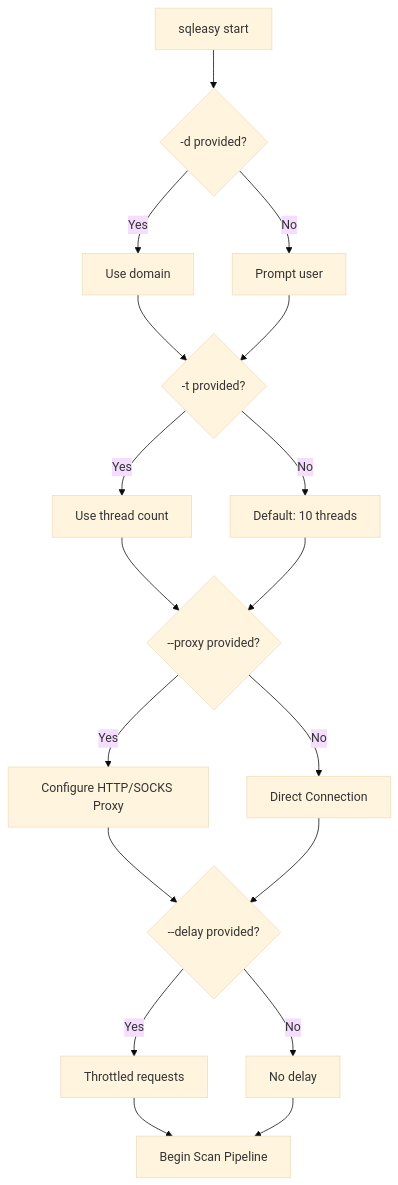
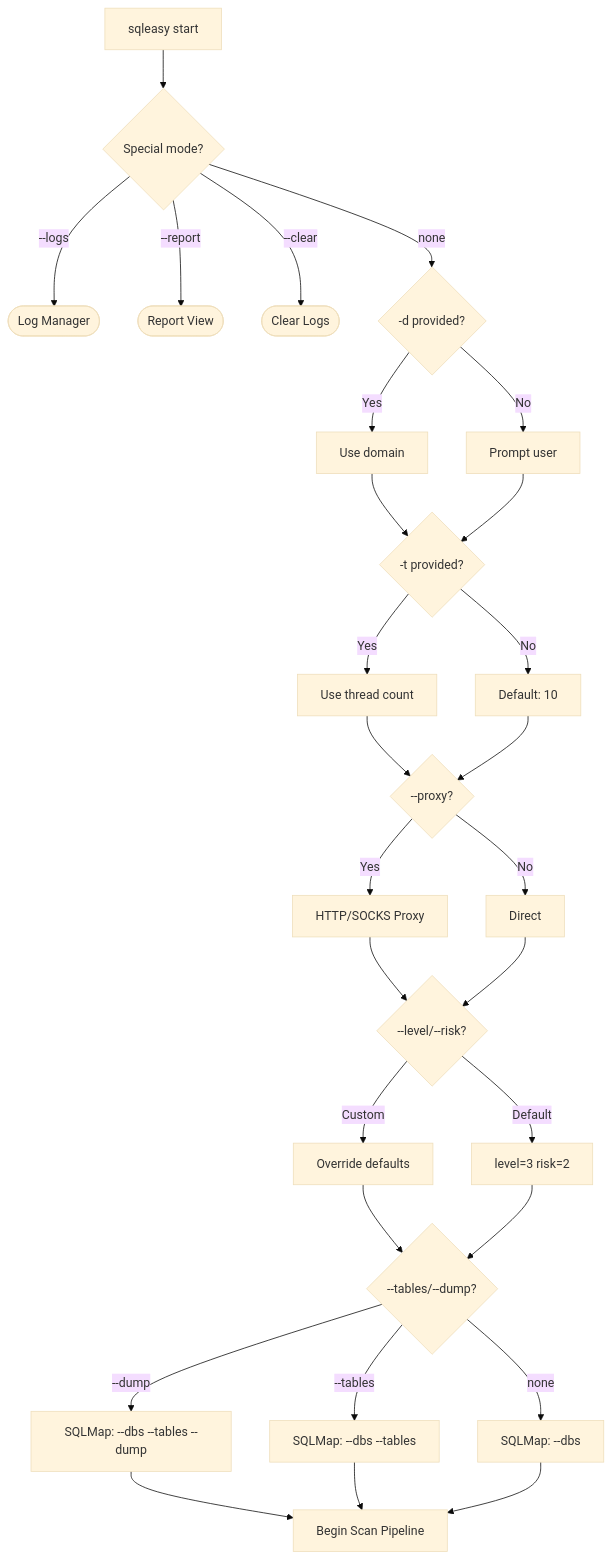
Before and after one commit to syed-sameer-ul-hassan/SQL-Easy: diagram 14 of 14 in README.md, drawn with Mermaid (base theme). The commit also changed other lines of this file and 26 other files, not shown here.

````diff
--- a/README.md
+++ b/README.md
@@ -296,16 +579,24 @@
 ```mermaid
 flowchart TD
-    A[sqleasy start] --> B{-d provided?}
+    A[sqleasy start] --> SPEC{Special mode?}
+    SPEC -->|--logs| LM([Log Manager])
+    SPEC -->|--report| RP([Report View])
+    SPEC -->|--clear| CL([Clear Logs])
+    SPEC -->|none| B{-d provided?}
     B -->|Yes| C[Use domain]
     B -->|No| D[Prompt user]
     C & D --> E{-t provided?}
     E -->|Yes| F[Use thread count]
-    E -->|No| G[Default: 10 threads]
-    F & G --> H{--proxy provided?}
-    H -->|Yes| I[Configure HTTP/SOCKS Proxy]
-    H -->|No| J[Direct Connection]
-    I & J --> K{--delay provided?}
-    K -->|Yes| L[Throttled requests]
-    K -->|No| M[No delay]
-    L & M --> N[Begin Scan Pipeline]
+    E -->|No| G[Default: 10]
+    F & G --> H{--proxy?}
+    H -->|Yes| I[HTTP/SOCKS Proxy]
+    H -->|No| J[Direct]
+    I & J --> K{--level/--risk?}
+    K -->|Custom| L[Override defaults]
+    K -->|Default| M[level=3 risk=2]
+    L & M --> N{--tables/--dump?}
+    N -->|--dump| O[SQLMap: --dbs --tables --dump]
+    N -->|--tables| P[SQLMap: --dbs --tables]
+    N -->|none| Q[SQLMap: --dbs]
+    O & P & Q --> R[Begin Scan Pipeline]
 ```
````
